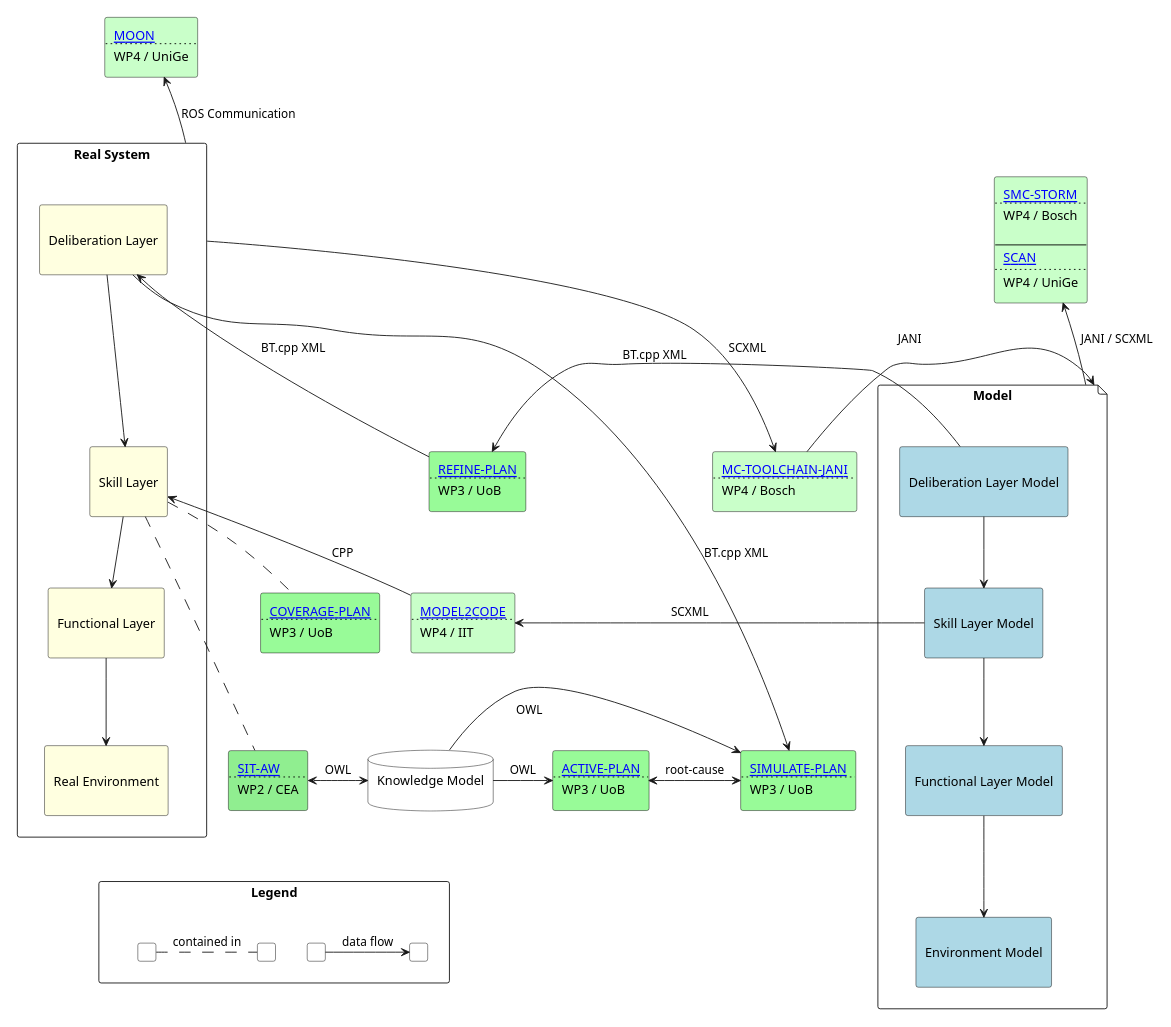
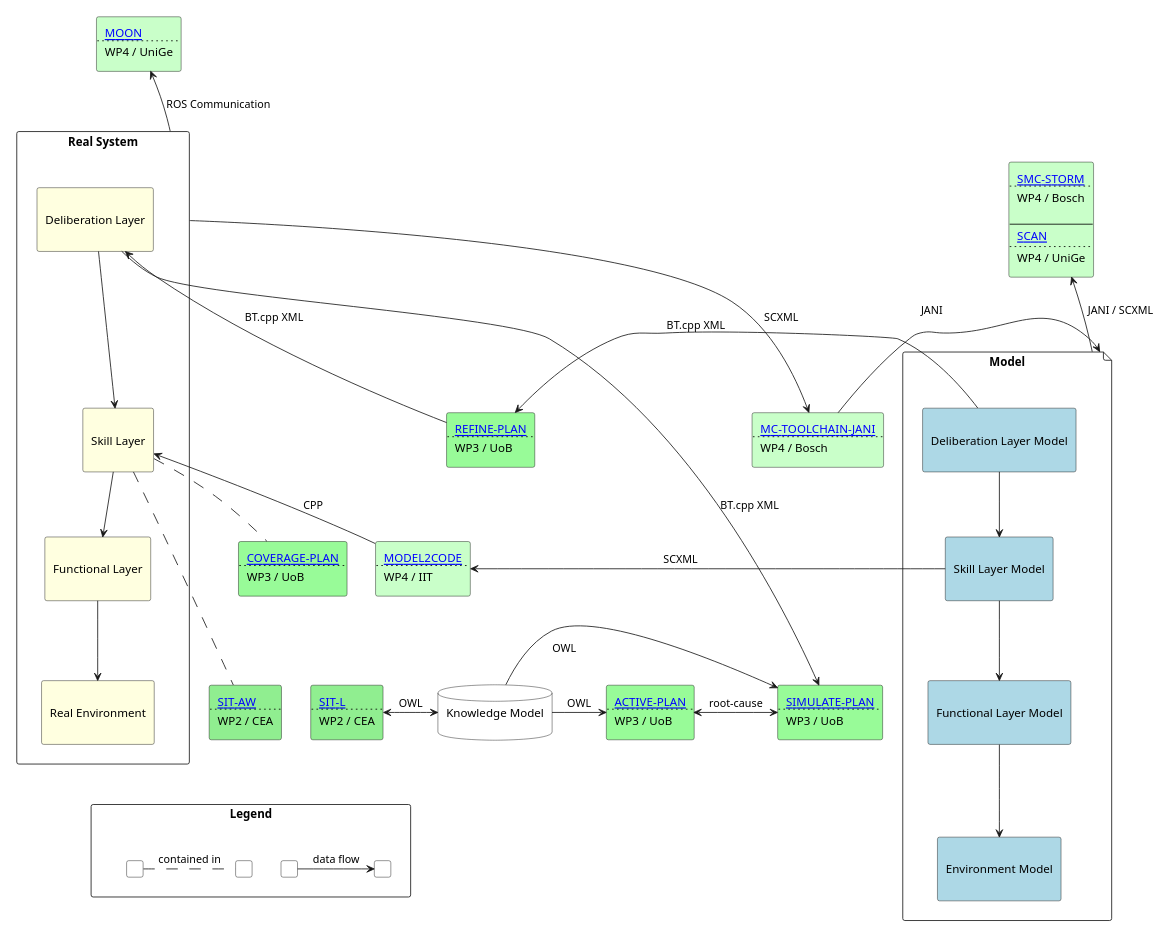
The diagram in docs/source/overview.plantuml (convince-project/overview), drawn with PlantUML before and after one commit. The commit also changed 1 other file, not shown here.

Commit message:
add sit-l

```diff
--- a/docs/source/overview.plantuml
+++ b/docs/source/overview.plantuml
@@ -1,142 +1,148 @@
 @startuml overview
 scale 700 width
 
 skinparam agent {
     BackgroundColor White
     BorderColor Black
 }
 skinparam database {
     BackgroundColor White
     BorderColor Black
 }
 
 rectangle "Real System" as r {
     agent "\nDeliberation Layer\n" as rdelib #LightYellow
     agent "\nSkill Layer\n" as rskill #LightYellow
     agent "\nFunctional Layer\n" as rfunc #LightYellow
     agent "\nReal Environment\n" as renv #LightYellow
 
     rdelib --> rskill
     rskill --> rfunc
     rfunc --> renv
 }
 
 file "Model" as m {
     agent "\nDeliberation Layer Model\n" as mdelib #LightBlue
     agent "\nSkill Layer Model\n" as mskill #LightBlue
     agent "\nFunctional Layer Model\n" as mfunc #LightBlue
     agent "\nEnvironment Model\n" as menv #LightBlue
 
     mdelib --> mskill
     mskill --> mfunc
     mfunc --> menv
 }
 
 database "Knowledge Model\n" as k 
 
 ' WP2
 
 agent sitaw #LightGreen [
 [[https://convince-project.github.io/overview/#sit-aw SIT-AW]]
 ....
 WP2 / CEA
 ]
+agent sitl #LightGreen [
+[[https://convince-project.github.io/overview/#sit-l SIT-L]]
+....
+WP2 / CEA
+]
 ' }
 
 renv -[hidden]> sitaw
 rskill .. sitaw
 sitaw <-> k : OWL
+sitl <-> k : OWL
 
 ' WP3
 
 agent refineplan #PaleGreen [
 [[https://convince-project.github.io/overview/#refine-plan REFINE-PLAN]]
 ....
 WP3 / UoB
 ] 
 agent coverageplan #PaleGreen [
 [[https://convince-project.github.io/overview/#coverage-plan COVERAGE-PLAN]]
 ....
 WP3 / UoB
 ]
 agent activeplan #PaleGreen [
 [[https://convince-project.github.io/overview/#active-plan-simulate-plan ACTIVE-PLAN]]
 ....
 WP3 / UoB
 ] 
 agent simulateplan #PaleGreen [
 [[https://convince-project.github.io/overview/#active-plan-simulate-plan SIMULATE-PLAN]]
 ....
 WP3 / UoB
 ] 
 
 rskill .. coverageplan
 rfunc -[hidden]> coverageplan
 activeplan <-> simulateplan : root-cause
 mdelib -> refineplan : "\nBT.cpp XML"
 refineplan -> rdelib : "BT.cpp XML"
 rdelib -> simulateplan : "BT.cpp XML"
 k -> simulateplan : "\nOWL"
 k -> activeplan : OWL
 
 ' WP4
 
 agent moon #TECHNOLOGY [
 [[https://convince-project.github.io/overview/#moon MOON]]
 ....
 WP4 / UniGe
 ]
 ' ]
 agent stormscan #TECHNOLOGY [
 [[https://convince-project.github.io/overview/#smc-storm SMC-STORM]]
 ....
 WP4 / Bosch
 
 ----
 [[https://convince-project.github.io/overview/#scan SCAN]]
 ....
 WP4 / UniGe
 ]
 agent jani #TECHNOLOGY [
 [[https://convince-project.github.io/overview/#mc-toolchain-jani MC-TOOLCHAIN-JANI]]
 ....
 WP4 / Bosch
 ]
 agent modeltocode #TECHNOLOGY [
 [[https://convince-project.github.io/overview/#model2code MODEL2CODE]]
 ....
 WP4 / IIT
 ]
 
 moon -[hidden]-> rdelib
 moon <-- r : ROS Communication
 
 stormscan -[hidden]-> mdelib
 stormscan <-- m : "JANI / SCXML\n"
 
 r -> jani : "SCXML"
 jani -> m : "JANI\n"
 rskill <- modeltocode : "CPP"
 modeltocode <- mskill : "SCXML\t\t\t"
 coverageplan -[hidden]> modeltocode
 
 refineplan -[hidden]-> modeltocode
 
 
 rectangle Legend as legend {
     agent a [
     ]
     agent b [
     ]
     a -> b : "data flow"
 
     agent c [
     ]
     agent d [
     ]
     c . d : "contained in"
 }
 
 renv -[hidden]-> legend
 
 @enduml
```
